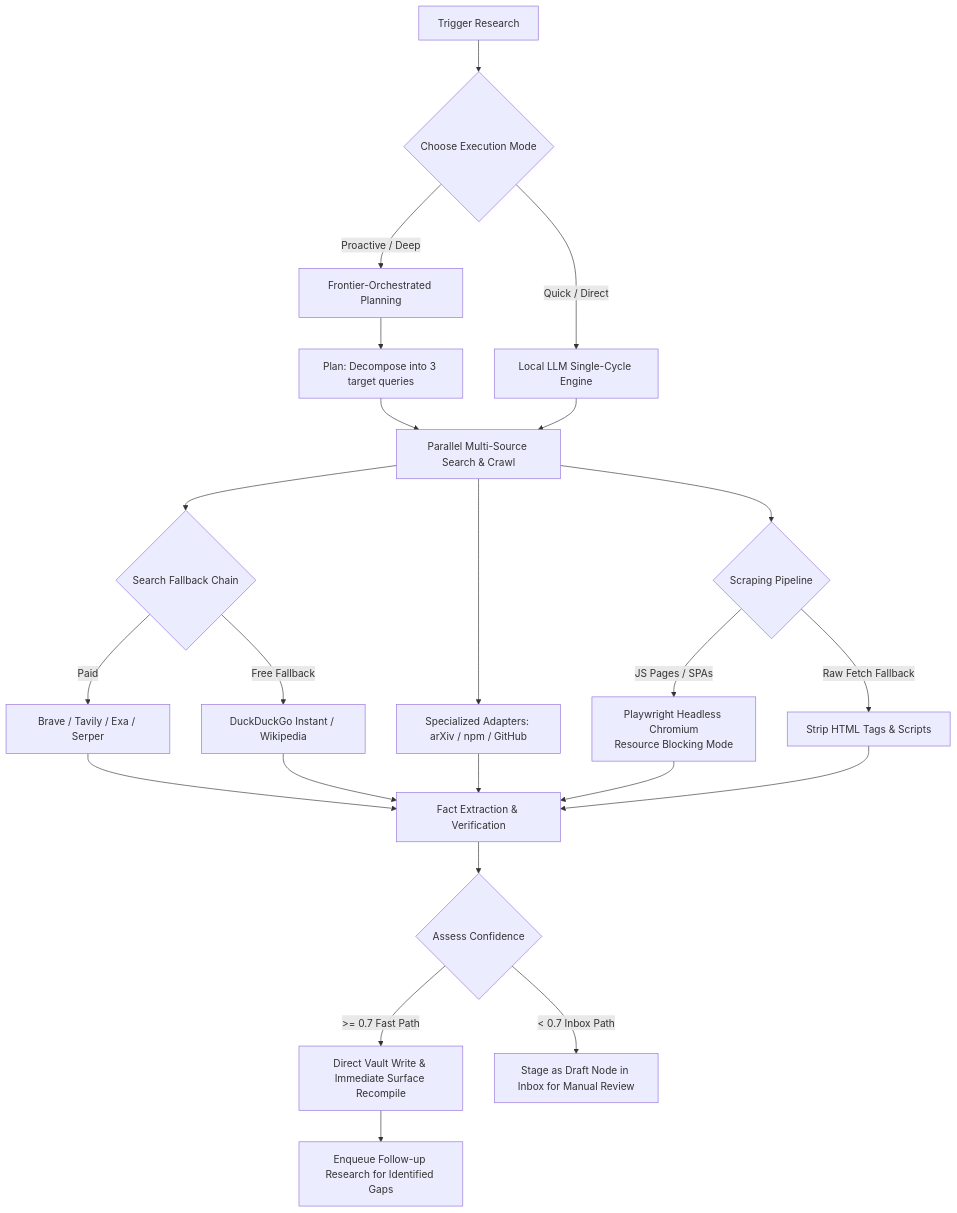
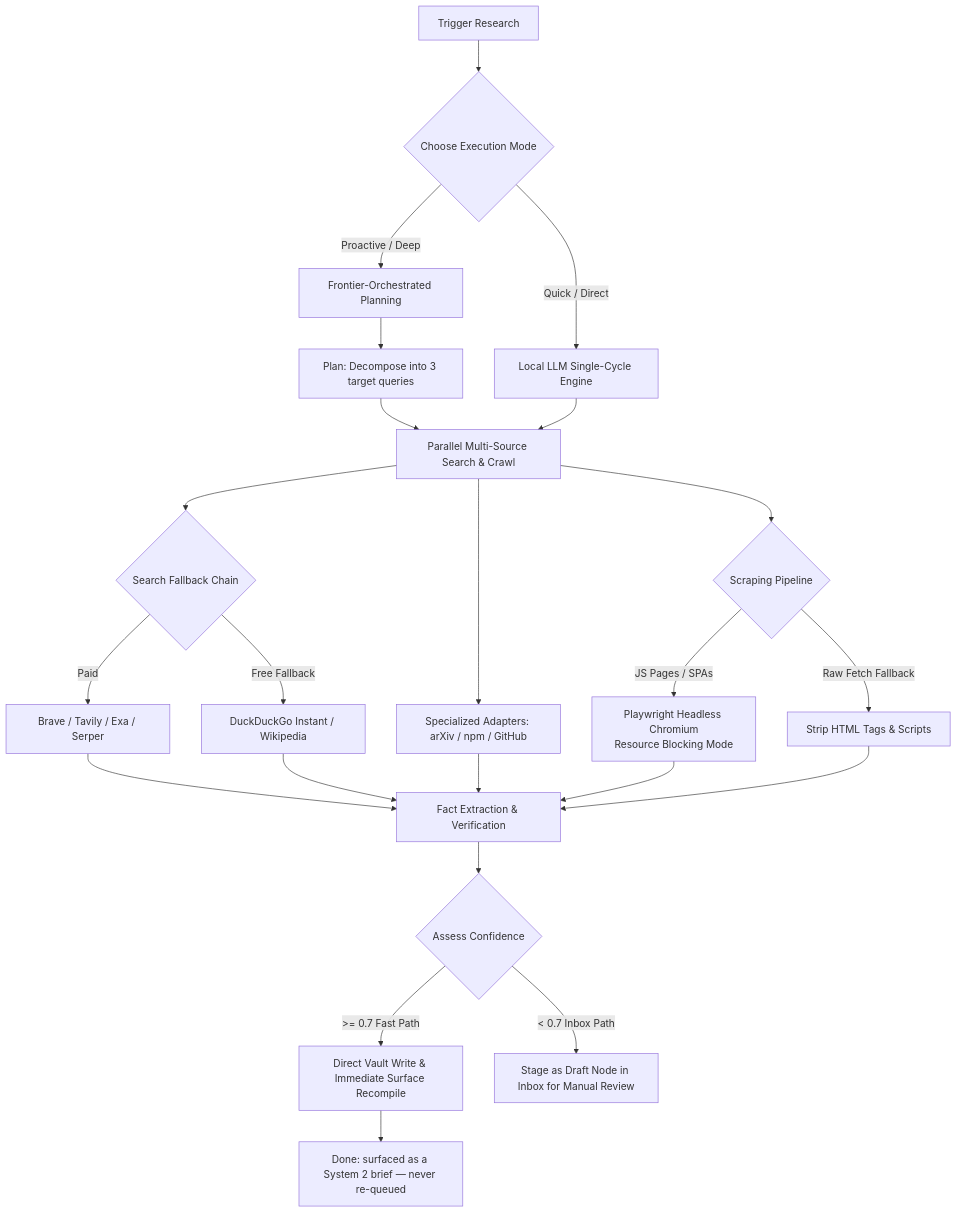
Before and after one commit to gregiteen/total-recall: the diagram in .agent/skills/research/SKILL.md, drawn with Mermaid. The commit also changed other lines of this file and 163 other files, not shown here.

Commit message:
feat: integrate plugin sharing, research System 2, and browser extension

````diff
--- a/.agent/skills/research/SKILL.md
+++ b/.agent/skills/research/SKILL.md
@@ -20,27 +50,27 @@
 ```mermaid
 flowchart TD
     A[Trigger Research] --> B{Choose Execution Mode}
     B -->|Proactive / Deep| C[Frontier-Orchestrated Planning]
     B -->|Quick / Direct| D[Local LLM Single-Cycle Engine]
     
     C --> E[Plan: Decompose into 3 target queries]
     E --> F[Parallel Multi-Source Search & Crawl]
     D --> F
     
     F --> G{Search Fallback Chain}
     G -->|Paid| H[Brave / Tavily / Exa / Serper]
     G -->|Free Fallback| I[DuckDuckGo Instant / Wikipedia]
     
     F --> J[Specialized Adapters: arXiv / npm / GitHub]
     
     F --> K{Scraping Pipeline}
     K -->|JS Pages / SPAs| L[Playwright Headless Chromium\nResource Blocking Mode]
     K -->|Raw Fetch Fallback| M[Strip HTML Tags & Scripts]
     
     H & I & J & L & M --> N[Fact Extraction & Verification]
     N --> O{Assess Confidence}
     O -->|>= 0.7 Fast Path| P[Direct Vault Write & Immediate Surface Recompile]
     O -->|< 0.7 Inbox Path| Q[Stage as Draft Node in Inbox for Manual Review]
     
-    P --> R[Enqueue Follow-up Research for Identified Gaps]
+    P --> R[Done: surfaced as a System 2 brief — never re-queued]
 ```
````
